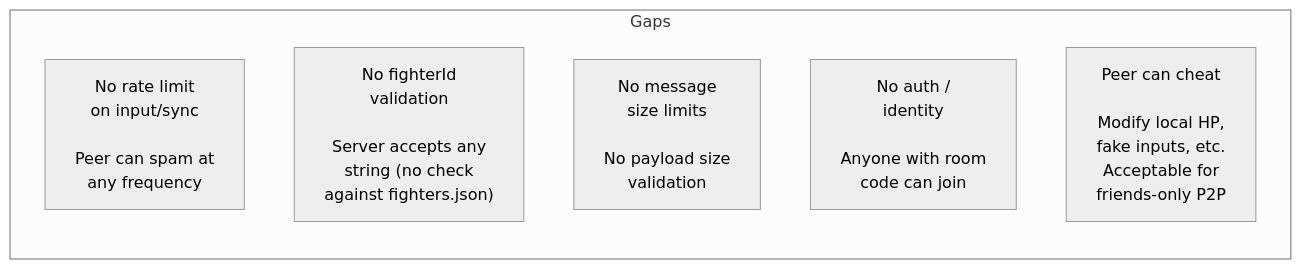
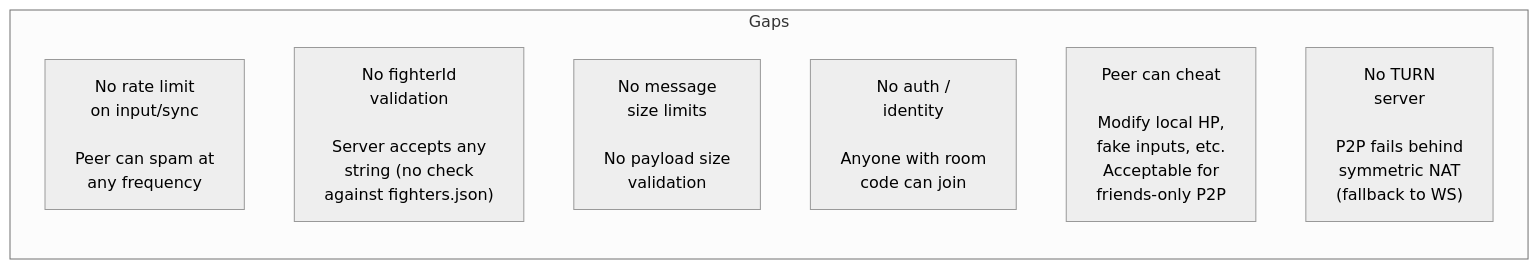
One commit to simon0191/a-los-traques changed the fourth of 4 diagrams in docs/multiplayer-security.md. Above: the diagram before and after it, drawn with Mermaid (neutral theme). The commit also changed other lines of this file and 5 other files, not shown here.

````diff
--- a/docs/multiplayer-security.md
+++ b/docs/multiplayer-security.md
@@ -90,10 +113,11 @@
 ```mermaid
 flowchart LR
     subgraph Gaps
         A["No rate limit\non input/sync\n\nPeer can spam at\nany frequency"]
         B["No fighterId\nvalidation\n\nServer accepts any\nstring (no check\nagainst fighters.json)"]
         C["No message\nsize limits\n\nNo payload size\nvalidation"]
         D["No auth /\nidentity\n\nAnyone with room\ncode can join"]
         E["Peer can cheat\n\nModify local HP,\nfake inputs, etc.\nAcceptable for\nfriends-only P2P"]
+        F["No TURN\nserver\n\nP2P fails behind\nsymmetric NAT\n(fallback to WS)"]
     end
 ```
````
